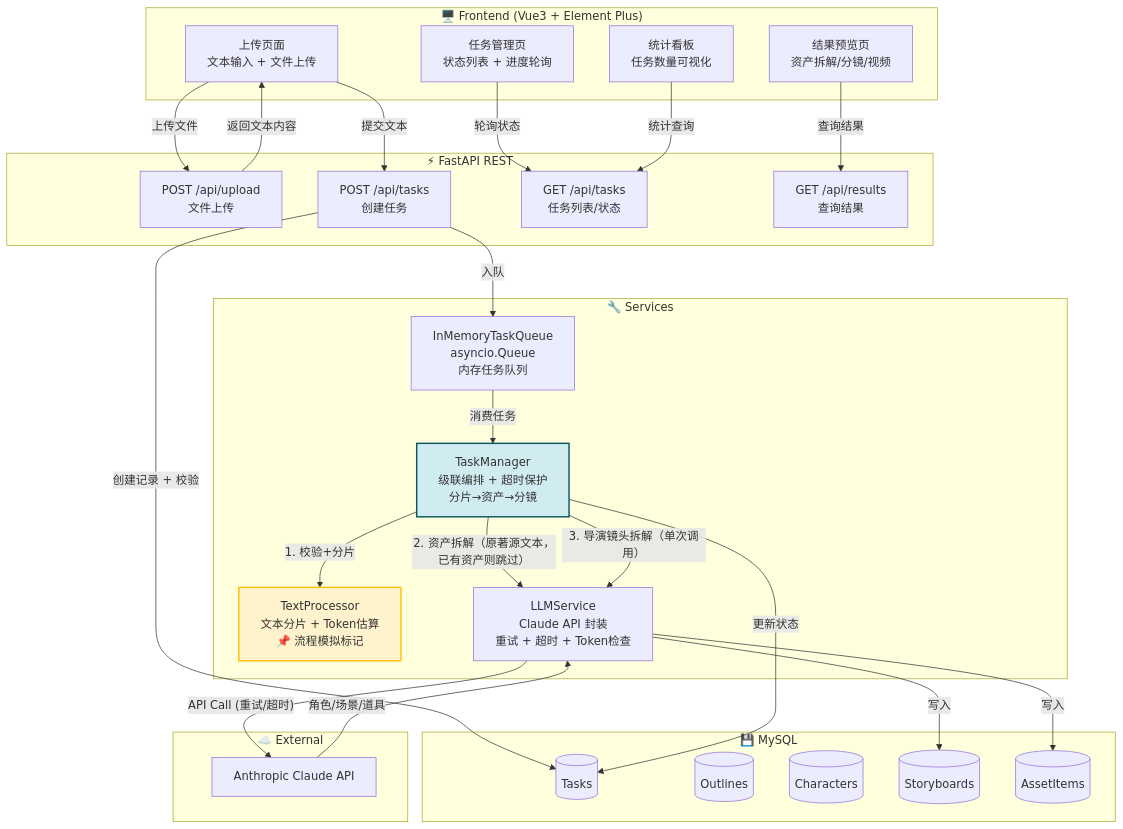
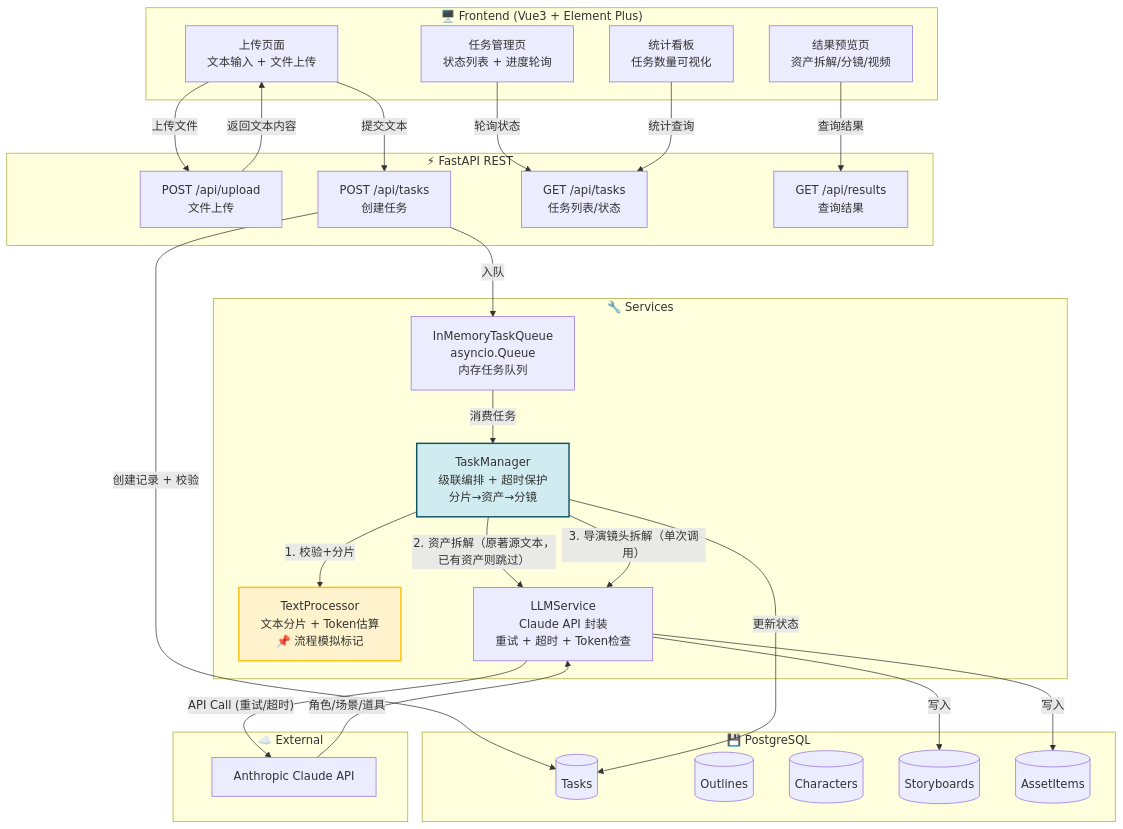
The first of 2 diagrams in README.md (yuyunji/aigc_project), drawn with Mermaid before and after one commit. The commit also changed other lines of this file and 10 other files, not shown here.

First line of the commit message:
refactor: migrate database from MySQL to PostgreSQL

````diff
--- a/README.md
+++ b/README.md
@@ -75,55 +75,55 @@
 ```mermaid
 graph TD
     subgraph 前端["🖥️ Frontend (Vue3 + Element Plus)"]
         A[上传页面<br/>文本输入 + 文件上传]
         B[任务管理页<br/>状态列表 + 进度轮询]
         C[结果预览页<br/>资产拆解/分镜/视频]
         D[统计看板<br/>任务数量可视化]
     end
 
     subgraph API["⚡ FastAPI REST"]
         E[POST /api/upload<br/>文件上传]
         F[POST /api/tasks<br/>创建任务]
         G[GET /api/tasks<br/>任务列表/状态]
         H[GET /api/results<br/>查询结果]
     end
 
     subgraph 服务层["🔧 Services"]
         I[TextProcessor<br/>文本分片 + Token估算<br/>📌 流程模拟标记]
         J[InMemoryTaskQueue<br/>asyncio.Queue<br/>内存任务队列]
         K[TaskManager<br/>级联编排 + 超时保护<br/>分片→资产→分镜]
         L[LLMService<br/>Claude API 封装<br/>重试 + 超时 + Token检查]
     end
 
-    subgraph 数据层["💾 MySQL"]
+    subgraph 数据层["💾 PostgreSQL"]
         M[(Tasks)]
         N[(Outlines)]
         O[(Characters)]
         P[(Storyboards)]
         R[(AssetItems)]
     end
 
     subgraph 外部["☁️ External"]
         Q[Anthropic Claude API]
     end
 
     A -->|"提交文本"| F
     A -->|"上传文件"| E -->|"返回文本内容"| A
     F -->|"创建记录 + 校验"| M
     F -->|"入队"| J
     J -->|"消费任务"| K
     K -->|"1. 校验+分片"| I
     K -->|"2. 资产拆解（原著源文本，已有资产则跳过）"| L
     L -->|"API Call (重试/超时)"| Q
     Q -->|"角色/场景/道具"| L
     L -->|"写入"| R
     K -->|"3. 导演镜头拆解（单次调用）"| L
     L -->|"写入"| P
     K -->|"更新状态"| M
     B -->|"轮询状态"| G
     C -->|"查询结果"| H
     D -->|"统计查询"| G
 
     style I fill:#fff3cd,stroke:#ffc107,stroke-width:2px
     style K fill:#d1ecf1,stroke:#0c5460,stroke-width:2px
 ```
````
